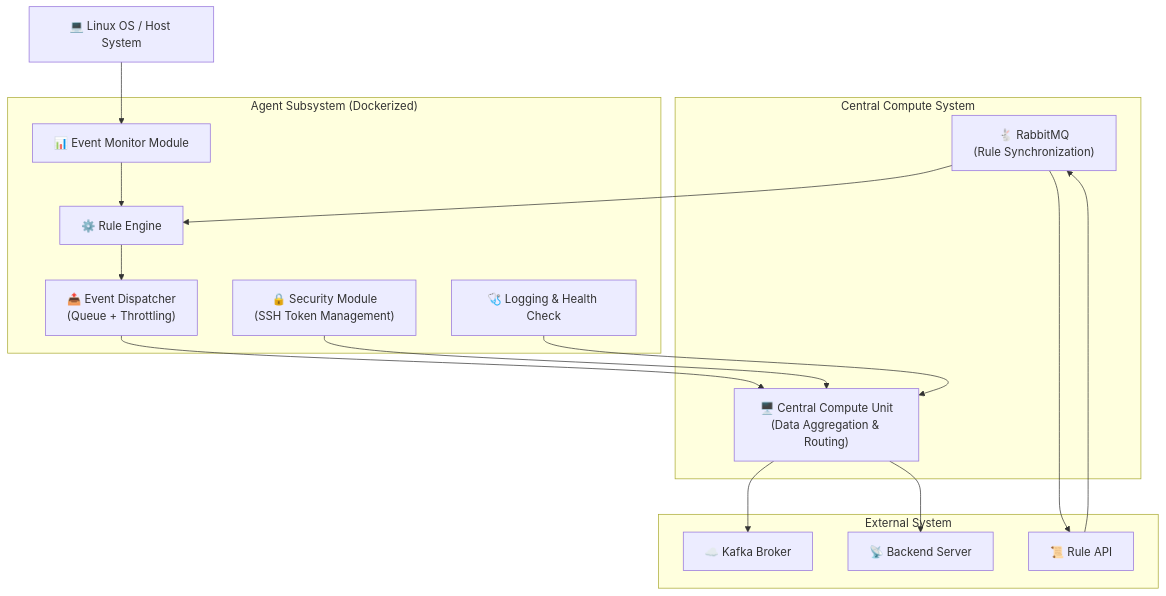
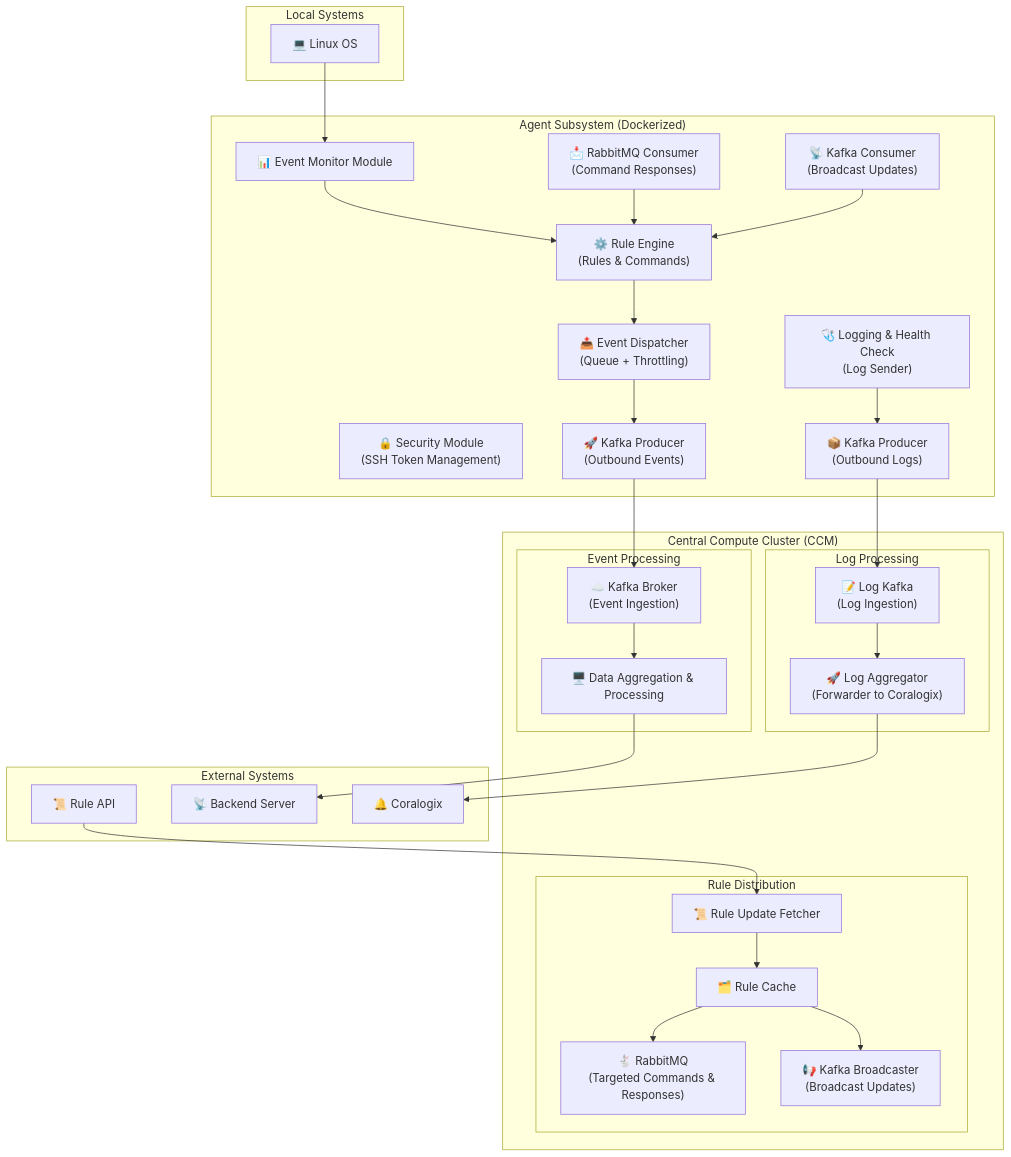
Before and after one commit to myfishnameisqwerty/security-event-streaming-agent: the first of 2 diagrams in README.md, drawn with Mermaid. The commit also changed other lines of this file, not shown here.

Commit message:
project design added deps level

````diff
--- a/README.md
+++ b/README.md
@@ -8,34 +8,79 @@
 ```mermaid
 flowchart TD
-    subgraph "Agent Subsystem (Dockerized)"
-        EM["📊 Event Monitor Module"]
-        RE["⚙️ Rule Engine"]
-        ED["📤 Event Dispatcher<br>(Queue + Throttling)"]
-        SM["🔒 Security Module<br>(SSH Token Management)"]
-        LH["🩺 Logging & Health Check"]
+    %% Local Systems
+    subgraph Local["Local Systems"]
+        OS["💻 Linux OS"]
     end
 
-    subgraph "Central Compute System"
-        CC["🖥️ Central Compute Unit<br>(Data Aggregation & Routing)"]
-        RMQ["🐇 RabbitMQ<br>(Rule Synchronization)"]
+    %% Agent Subsystem (Dockerized)
+    subgraph Agent_Subsystem["Agent Subsystem (Dockerized)"]
+        EM["📊 Event Monitor Module"]
+        RE["⚙️ Rule Engine<br/>(Rules & Commands)"]
+        ED["📤 Event Dispatcher<br/>(Queue + Throttling)"]
+        SM["🔒 Security Module<br/>(SSH Token Management)"]
+        LH["🩺 Logging & Health Check<br/>(Log Sender)"]
+        KP_Data["🚀 Kafka Producer<br/>(Outbound Events)"]
+        KP_Log["📦 Kafka Producer<br/>(Outbound Logs)"]
+        KC["📡 Kafka Consumer<br/>(Broadcast Updates)"]
+        RP["📩 RabbitMQ Consumer<br/>(Command Responses)"]
     end
 
-    subgraph "External System"
-        KB["☁️ Kafka Broker"]
-        BE["📡 Backend Server"]
-        RA["📜 Rule API"]
+    %% Central Compute Cluster (CCM)
+    subgraph CCM["Central Compute Cluster (CCM)"]
+        subgraph Event_Processing["Event Processing"]
+            EK["☁️ Kafka Broker<br/>(Event Ingestion)"]
+            CC["🖥️ Data Aggregation & Processing"]
+        end
+
+        subgraph Rule_Distribution["Rule Distribution"]
+            RUF["📜 Rule Update Fetcher"]
+            CACHE["🗂️ Rule Cache"]
+            RMQ["🐇 RabbitMQ<br/>(Targeted Commands & Responses)"]
+            BK["📢 Kafka Broadcaster<br/>(Broadcast Updates)"]
+        end
+
+        subgraph Log_Processing["Log Processing"]
+            LK["📝 Log Kafka<br/>(Log Ingestion)"]
+            LA["🚀 Log Aggregator<br/>(Forwarder to Coralogix)"]
+        end
     end
 
-    OS["💻 Linux OS / Host System"] --> EM
+    %% External Systems
+    subgraph External["External Systems"]
+        RA["📜 Rule API"]
+        BE["📡 Backend Server"]
+        COR["🔔 Coralogix"]
+    end
+
+    %% Updated Flows
+
+    %% External Systems to CCM (Event Flow):
+    RA --> RUF
+    RUF --> CACHE
+    CACHE --> RMQ
+    CACHE --> BK
+
+    %% Outbound: Event Routing from CCM to Backend
+    EK --> CC
+    CC --> BE
+
+    %% Log Processing from CCM to Coralogix:
+    LK --> LA
+    LA --> COR
+
+    %% Agent Subsystem Internal Flows
     EM --> RE
     RE --> ED
-    ED --> CC
-    SM --> CC
-    LH --> CC
-    CC --> KB
-    CC --> BE
-    RMQ --> RA
-    RA --> RMQ
-    RMQ --> RE
+    ED --> KP_Data
+    LH --> KP_Log
+    RP --> RE
+    KC --> RE
+
+    %% Flows from Agent Subsystem to CCM
+    KP_Data --> EK
+    KP_Log --> LK
+
+    %% Connection from Local Systems to Agent Subsystem
+    OS --> EM
 
 ```
````
